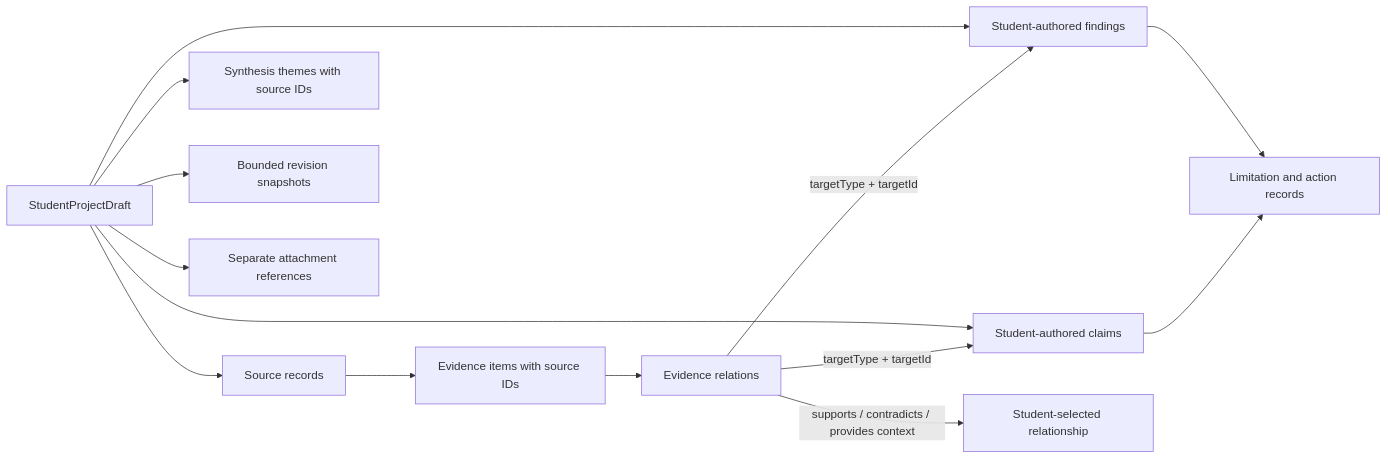
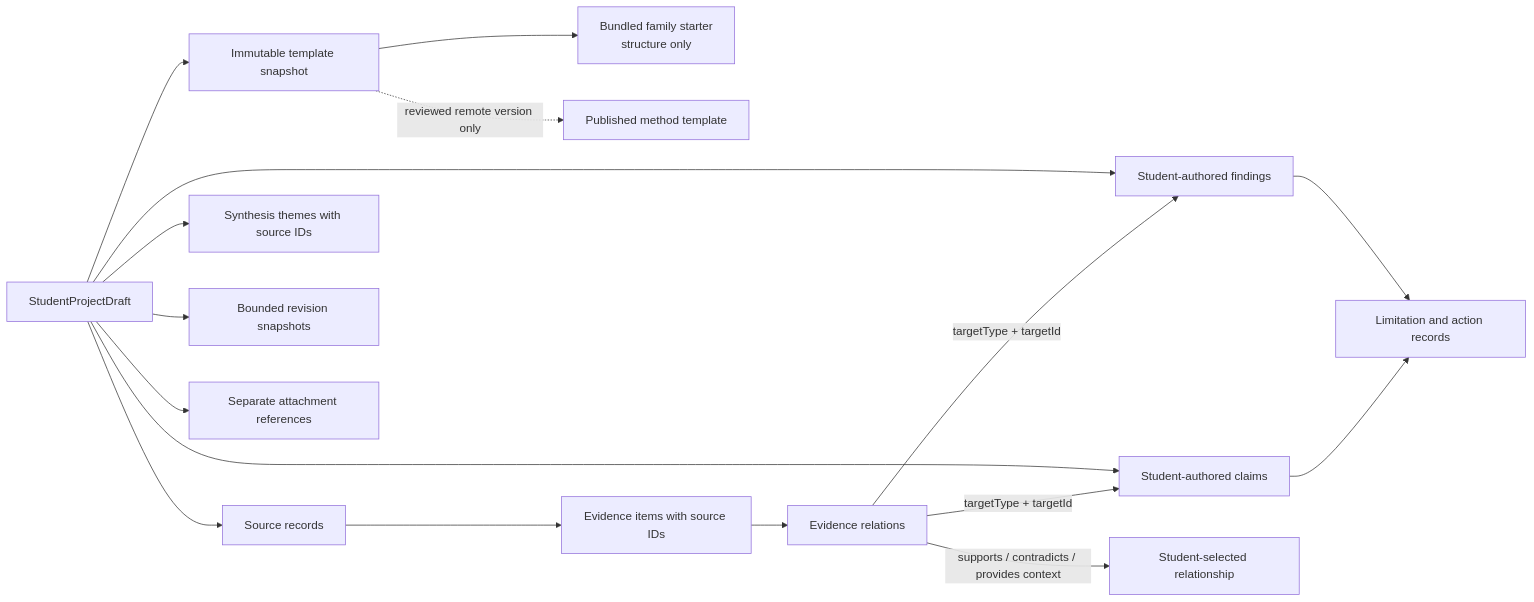
Before and after one commit to AndroLay/evidrilo: the fourth of 21 diagrams in docs/architecture/system-execution-flows.md, drawn with Mermaid. The commit also changed other lines of this file and 171 other files, not shown here.

````diff
--- a/docs/architecture/system-execution-flows.md
+++ b/docs/architecture/system-execution-flows.md
@@ -130,17 +133,20 @@
 ```mermaid
 flowchart LR
     Project[StudentProjectDraft]
+    Project --> Template[Immutable template snapshot]
+    Template --> Starter[Bundled family starter<br/>structure only]
+    Template -. reviewed remote version only .-> MethodGuidance[Published method template]
     Project --> Sources[Source records]
     Sources --> Evidence[Evidence items with source IDs]
     Project --> Themes[Synthesis themes with source IDs]
     Project --> Findings[Student-authored findings]
     Project --> Claims[Student-authored claims]
     Evidence --> Relations[Evidence relations]
     Relations -->|targetType + targetId| Findings
     Relations -->|targetType + targetId| Claims
     Relations -->|supports / contradicts / provides context| Meaning[Student-selected relationship]
     Findings --> Limits[Limitation and action records]
     Claims --> Limits
     Project --> Revisions[Bounded revision snapshots]
     Project --> Attachments[Separate attachment references]
 ```
````
